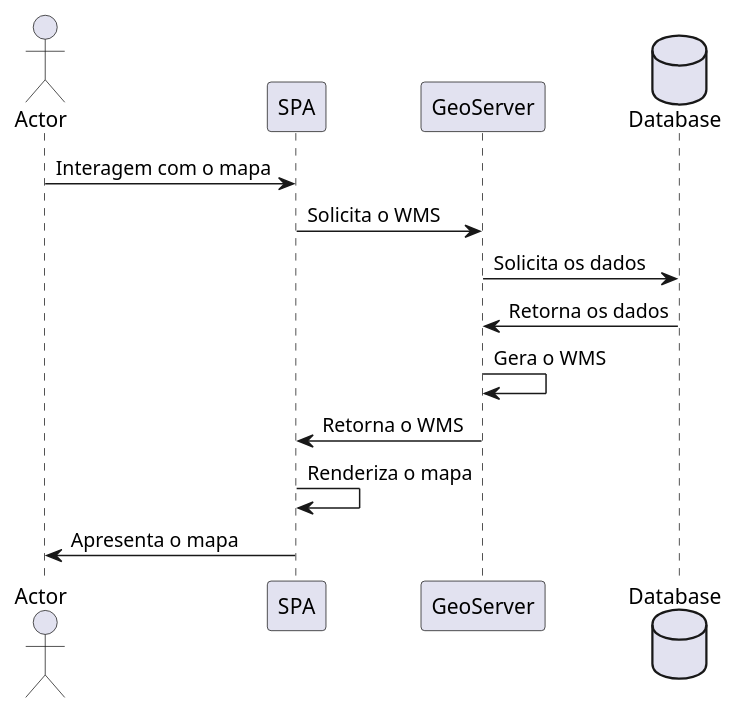
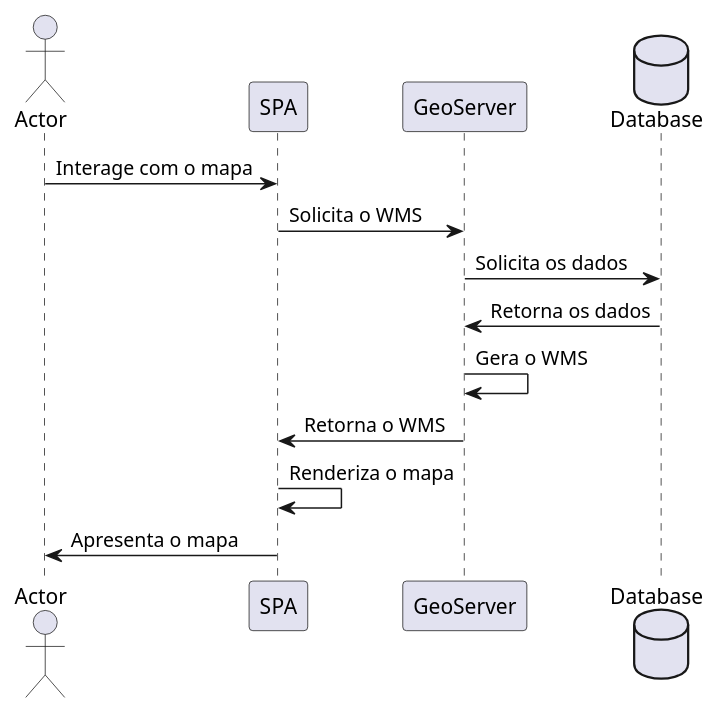
One commit to ruralgises/documentation changed the diagram in sequence-diagram/request-geoserver.plantuml. Above: the diagram before and after it, drawn with PlantUML.

```diff
--- a/sequence-diagram/request-geoserver.plantuml
+++ b/sequence-diagram/request-geoserver.plantuml
@@ -1,12 +1,12 @@
 @startuml
 actor Actor as Actor
-Actor -> SPA : Interagem com o mapa
+Actor -> SPA : Interage com o mapa
 SPA -> GeoServer : Solicita o WMS
 database Database as Database
 GeoServer -> Database : Solicita os dados
 Database -> GeoServer : Retorna os dados
 GeoServer -> GeoServer : Gera o WMS
 GeoServer -> SPA : Retorna o WMS
 SPA -> SPA : Renderiza o mapa
 SPA -> Actor : Apresenta o mapa
 @enduml
```
